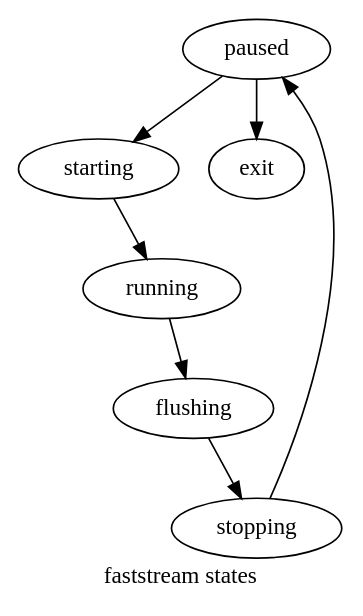
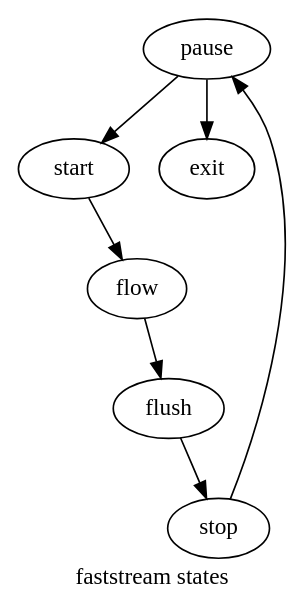
One commit to lanceman2/Quickstream_dev changed the diagram in fastStream_states.dot. Above: the diagram before and after it, drawn with Graphviz. The commit also changed 1 other file, not shown here.

```diff
--- a/fastStream_states.dot
+++ b/fastStream_states.dot
@@ -1,9 +1,9 @@
 digraph {
     label="faststream states";
-    paused -> starting;
-    paused -> exit;
-    starting -> running;
-    running -> flushing;
-    flushing -> stopping;
-    stopping -> paused;
+    pause -> start;
+    pause -> exit;
+    start -> flow;
+    flow -> flush;
+    flush -> stop;
+    stop -> pause;
 }
```
